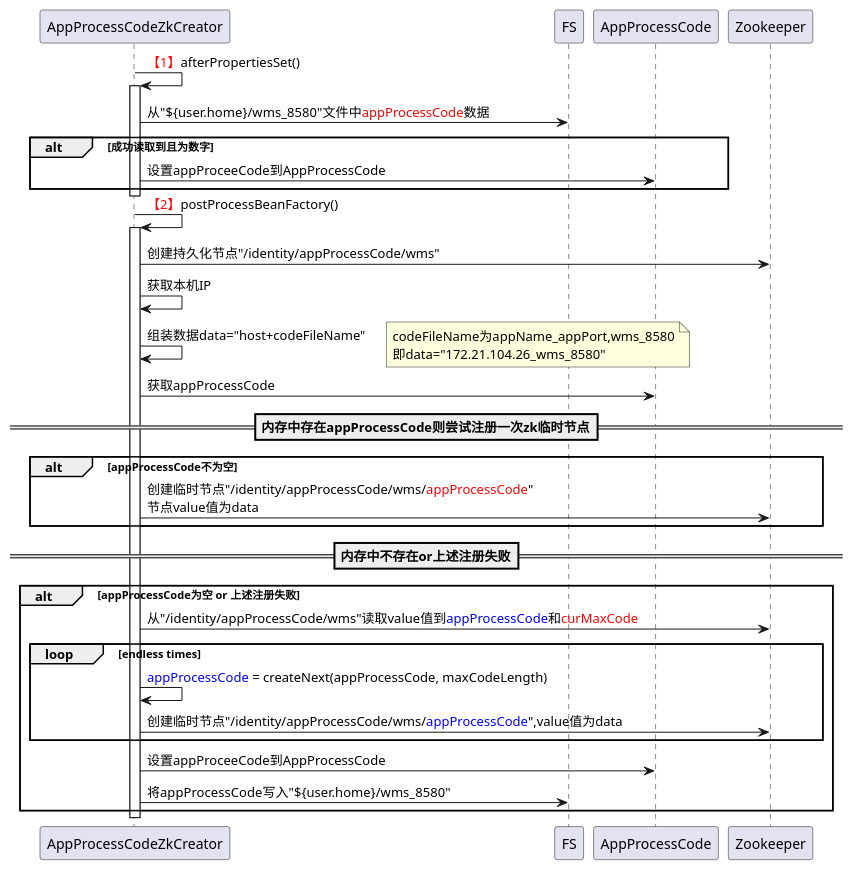
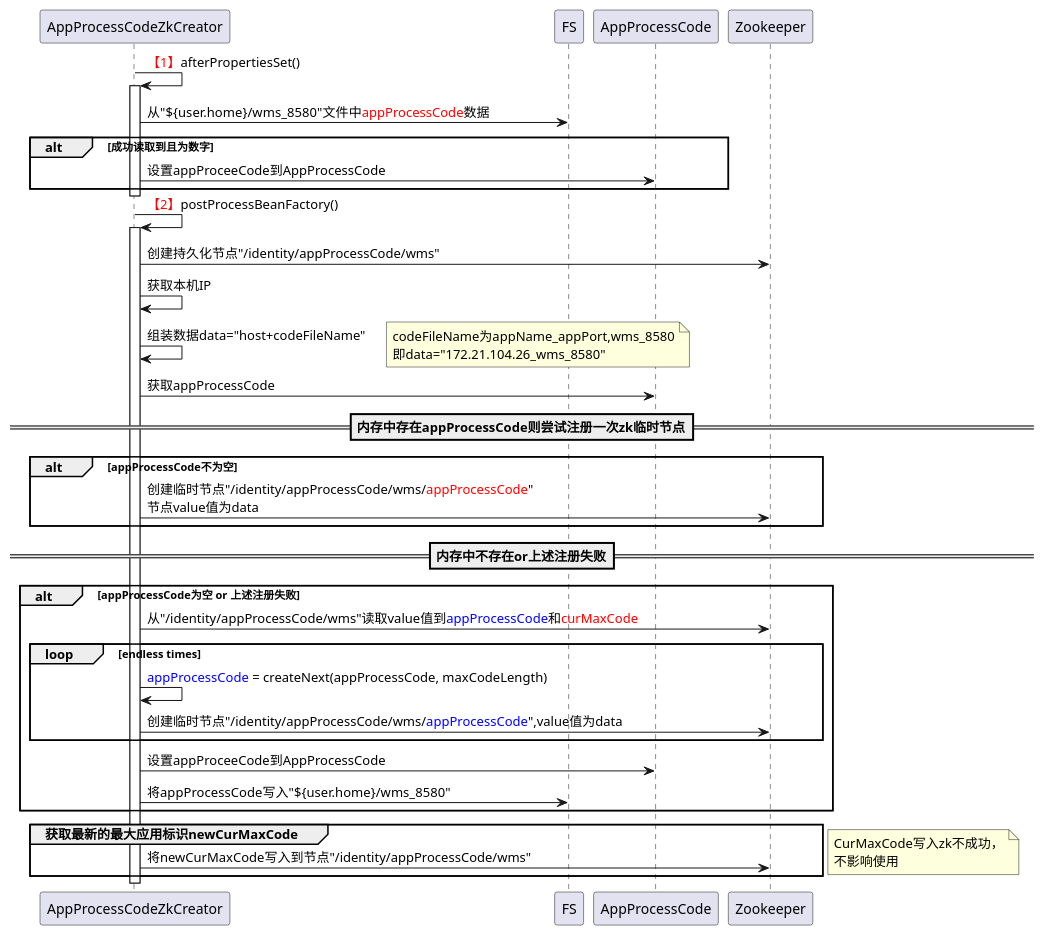
The diagram in uml/wms/distributeId.puml (newbigTech/myDesignPattern), drawn with PlantUML before and after one commit.

Commit message:
uml图

```diff
--- a/uml/wms/distributeId.puml
+++ b/uml/wms/distributeId.puml
@@ -1,41 +1,48 @@
 @startuml
 AppProcessCodeZkCreator -> AppProcessCodeZkCreator:<font color=red>【1】</font>afterPropertiesSet()
 activate AppProcessCodeZkCreator
 AppProcessCodeZkCreator-> FS:从"${user.home}/wms_8580"文件中<font color=red>appProcessCode</font>数据
 alt 成功读取到且为数字
     AppProcessCodeZkCreator->AppProcessCode:设置appProceeCode到AppProcessCode
 end
 deactivate AppProcessCodeZkCreator
 
 
 
 AppProcessCodeZkCreator -> AppProcessCodeZkCreator: <font color=red>【2】</font>postProcessBeanFactory()
 activate AppProcessCodeZkCreator
 AppProcessCodeZkCreator -> Zookeeper: 创建持久化节点"/identity/appProcessCode/wms"
 
 AppProcessCodeZkCreator -> AppProcessCodeZkCreator:获取本机IP
 AppProcessCodeZkCreator -> AppProcessCodeZkCreator:组装数据data="host+codeFileName"
 note right
 codeFileName为appName_appPort,wms_8580
 即data="172.21.104.26_wms_8580"
 end note
 AppProcessCodeZkCreator ->AppProcessCode:获取appProcessCode
 ==内存中存在appProcessCode则尝试注册一次zk临时节点==
 alt appProcessCode不为空
 AppProcessCodeZkCreator -> Zookeeper: 创建临时节点"/identity/appProcessCode/wms/<font color=red>appProcessCode</font>"\n节点value值为data
 end
 
 ==内存中不存在or上述注册失败==
 alt appProcessCode为空 or 上述注册失败
     AppProcessCodeZkCreator -> Zookeeper:从"/identity/appProcessCode/wms"读取value值到<font color=blue>appProcessCode</font>和<font color=red>curMaxCode
     loop endless times
         AppProcessCodeZkCreator -> AppProcessCodeZkCreator:<font color=blue>appProcessCode</font> = createNext(appProcessCode, maxCodeLength)
         AppProcessCodeZkCreator -> Zookeeper:创建临时节点"/identity/appProcessCode/wms/<font color=blue>appProcessCode</font>",value值为data
     end
     AppProcessCodeZkCreator->AppProcessCode:设置appProceeCode到AppProcessCode
     AppProcessCodeZkCreator->FS:将appProcessCode写入"${user.home}/wms_8580"
 end
 
+group 获取最新的最大应用标识newCurMaxCode
+    AppProcessCodeZkCreator -> Zookeeper:将newCurMaxCode写入到节点"/identity/appProcessCode/wms"
+end
+note left
+CurMaxCode写入zk不成功，
+不影响使用
+end note
 deactivate AppProcessCodeZkCreator
 
 @enduml
```
